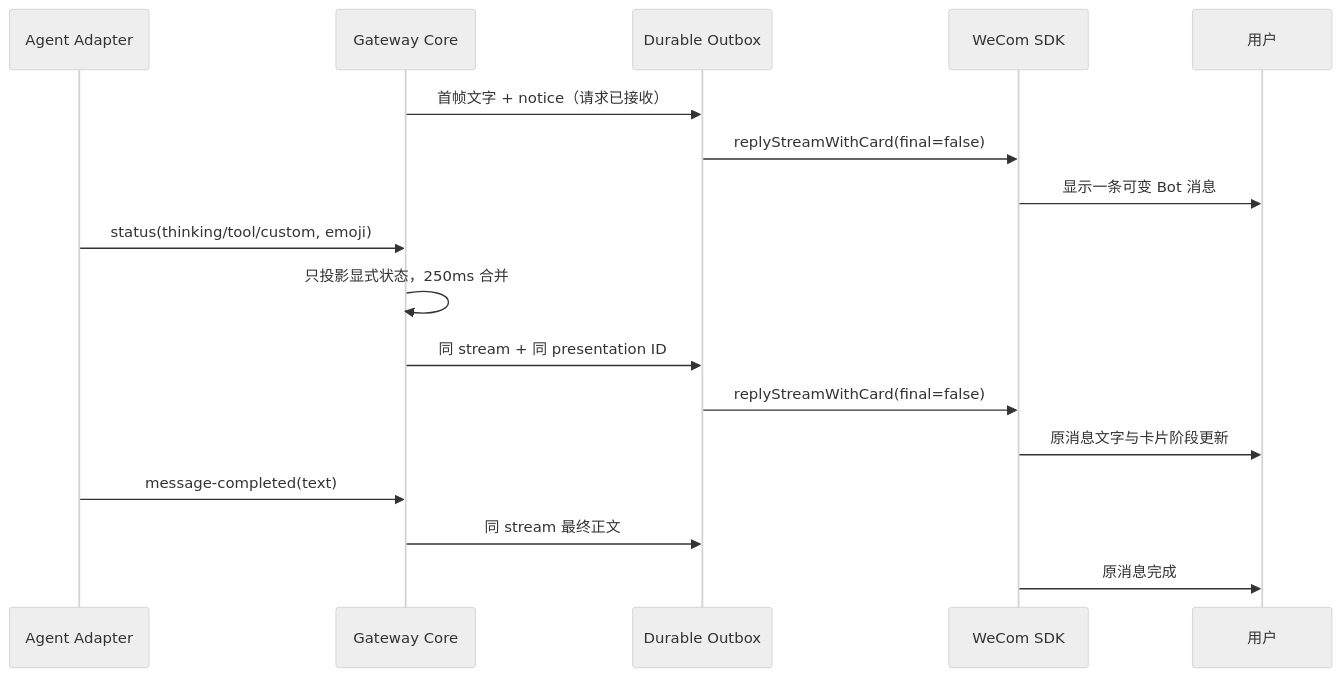
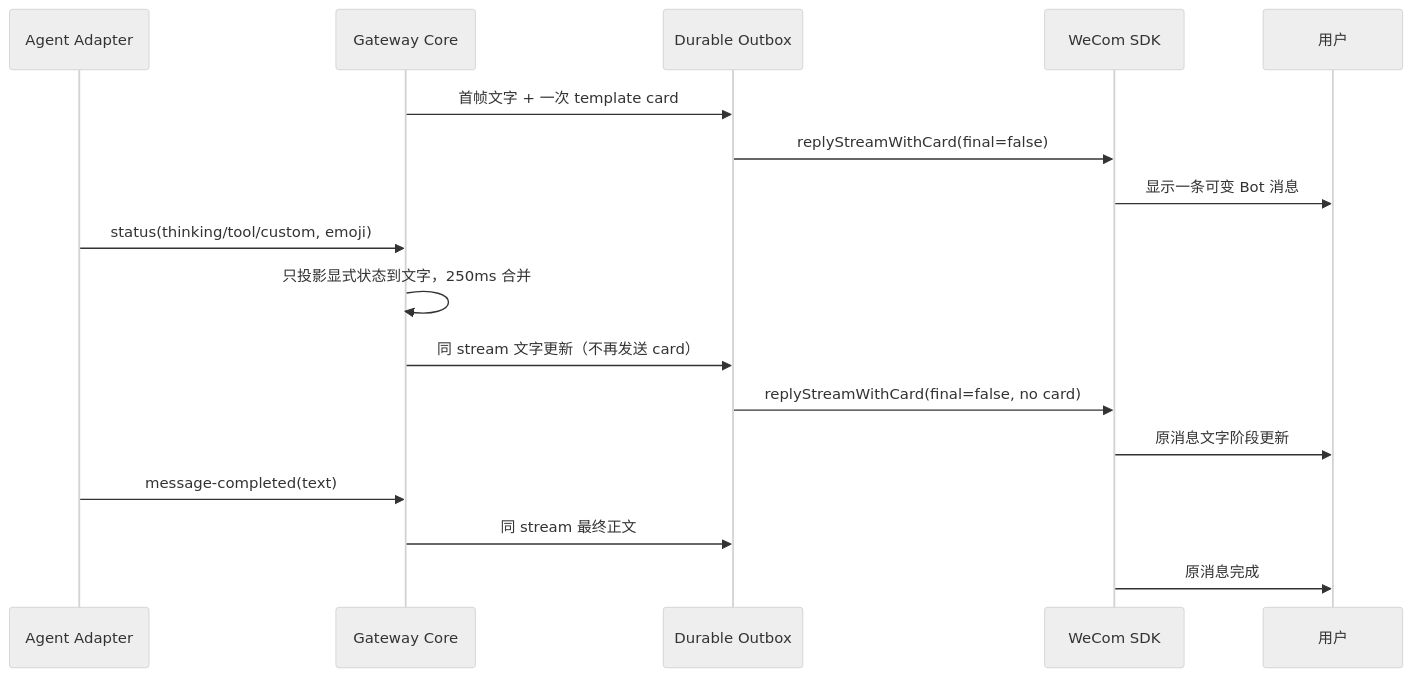
Before and after one commit to fyaic/wecom-agent-gateway: the sixth of 6 diagrams in docs/interaction-cards.md, drawn with Mermaid (neutral theme). The commit also changed other lines of this file and 19 other files, not shown here.

````diff
--- a/docs/interaction-cards.md
+++ b/docs/interaction-cards.md
@@ -434,20 +434,20 @@
 ```mermaid
 sequenceDiagram
     participant A as Agent Adapter
     participant G as Gateway Core
     participant O as Durable Outbox
     participant W as WeCom SDK
     participant U as 用户
 
-    G->>O: 首帧文字 + notice（请求已接收）
+    G->>O: 首帧文字 + 一次 template card
     O->>W: replyStreamWithCard(final=false)
     W->>U: 显示一条可变 Bot 消息
     A->>G: status(thinking/tool/custom, emoji)
-    G->>G: 只投影显式状态，250ms 合并
-    G->>O: 同 stream + 同 presentation ID
-    O->>W: replyStreamWithCard(final=false)
-    W->>U: 原消息文字与卡片阶段更新
+    G->>G: 只投影显式状态到文字，250ms 合并
+    G->>O: 同 stream 文字更新（不再发送 card）
+    O->>W: replyStreamWithCard(final=false, no card)
+    W->>U: 原消息文字阶段更新
     A->>G: message-completed(text)
     G->>O: 同 stream 最终正文
     W->>U: 原消息完成
 ```
````
